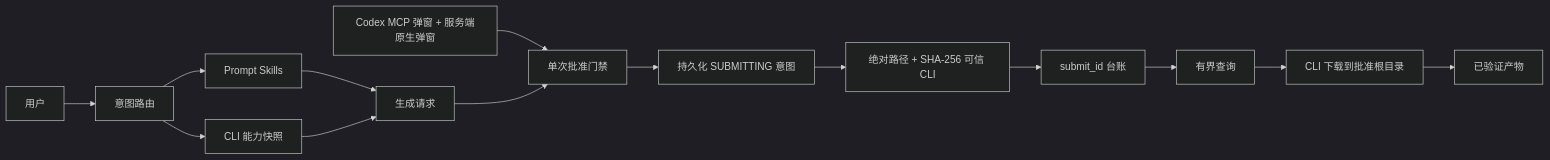
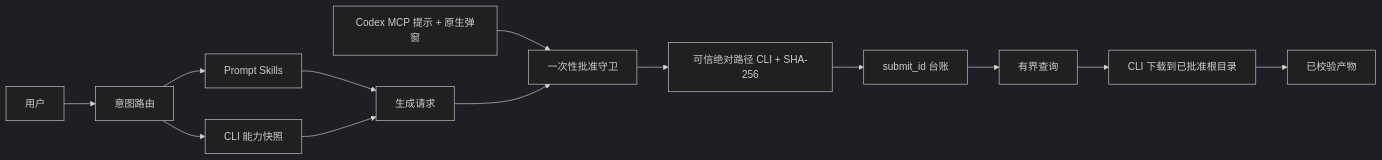
Before and after one commit to full-aigc-plugins/dreamina-design-plugin: the second of 2 diagrams in docs/Codex-Dreamina-Design-Plugin-Architecture.zh_CN.md, drawn with Mermaid (dark theme). The commit also changed other lines of this file and 3 other files, not shown here.

First line of the commit message:
docs: restructure the architecture and solution pairs

````diff
--- a/docs/Codex-Dreamina-Design-Plugin-Architecture.zh_CN.md
+++ b/docs/Codex-Dreamina-Design-Plugin-Architecture.zh_CN.md
@@ -25,16 +61,15 @@
 ```mermaid
 flowchart LR
     User[用户] --> Router[意图路由]
     Router --> Prompt[Prompt Skills]
     Router --> Capability[CLI 能力快照]
     Prompt --> Request[生成请求]
     Capability --> Request
-    UI[Codex MCP 弹窗 + 服务端原生弹窗] --> Approval[单次批准门禁]
+    UI[Codex MCP 提示 + 原生弹窗] --> Approval[一次性批准守卫]
     Request --> Approval
-    Approval --> Intent[持久化 SUBMITTING 意图]
-    Intent --> CLI[绝对路径 + SHA-256 可信 CLI]
-    CLI --> Ledger[submit_id 台账]
+    Approval --> Trust[可信绝对路径 CLI + SHA-256]
+    Trust --> Ledger[submit_id 台账]
     Ledger --> Query[有界查询]
-    Query --> Download[CLI 下载到批准根目录]
-    Download --> Artifact[已验证产物]
+    Query --> Download[CLI 下载到已批准根目录]
+    Download --> Artifact[已校验产物]
 ```
````
